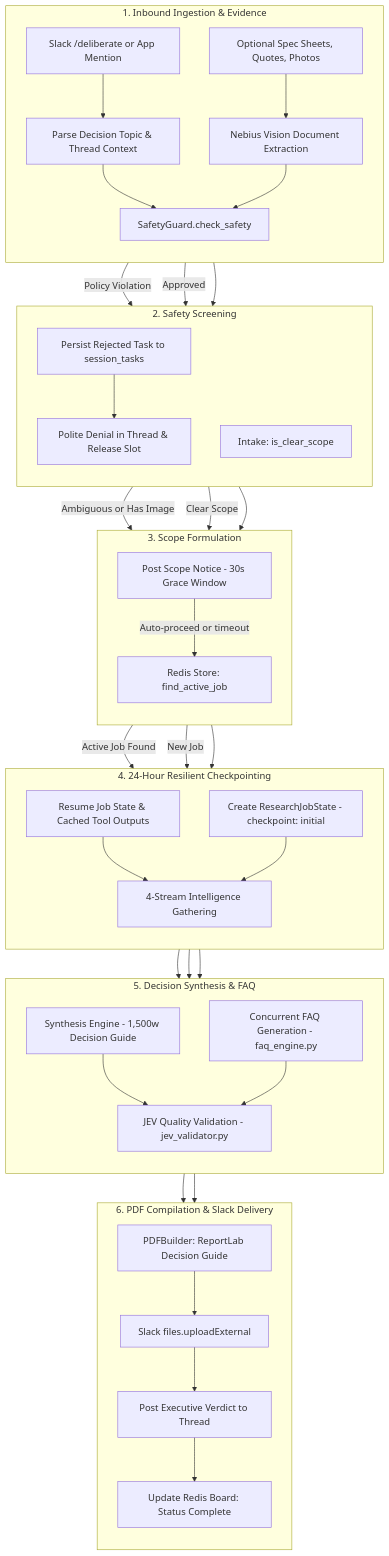
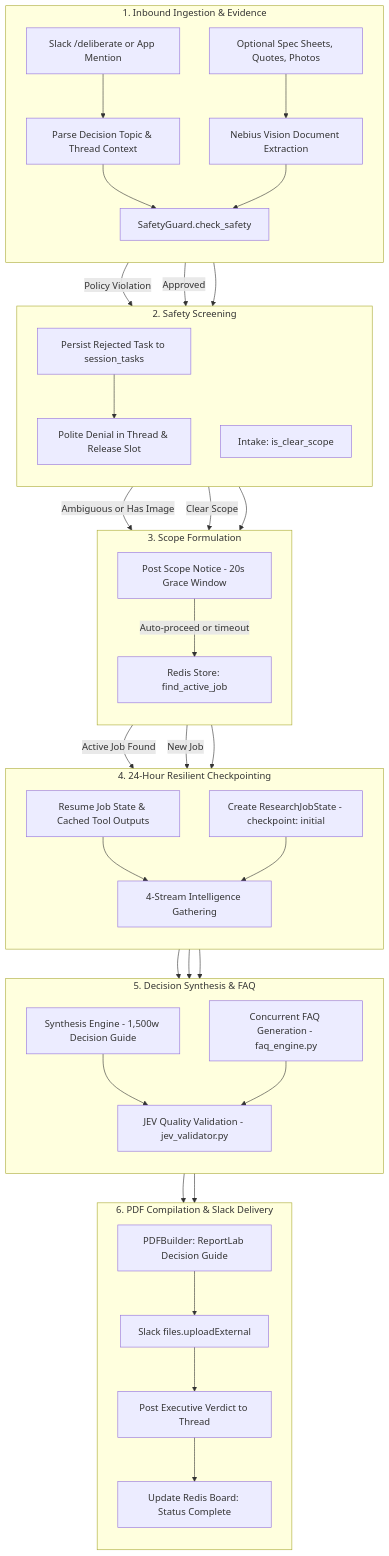
The diagram in docs/deliberation.mdx (AmritSDutta/Aryhant), drawn with Mermaid before and after one commit. The commit also changed 5 other files, not shown here.

````diff
--- a/docs/deliberation.mdx
+++ b/docs/deliberation.mdx
@@ -12,50 +12,50 @@
 ```mermaid
 flowchart TD
   subgraph Ingestion["1. Inbound Ingestion & Evidence"]
     direction TB
     UserMsg["Slack /deliberate or App Mention"]
     Attach["Optional Spec Sheets, Quotes, Photos"]
     UserMsg --> Parse["Parse Decision Topic & Thread Context"]
     Attach --> Vision["Nebius Vision Document Extraction"]
     Parse --> Safety["SafetyGuard.check_safety"]
     Vision --> Safety
   end
   subgraph SafetyDecision["2. Safety Screening"]
     direction TB
     Safety -->|Policy Violation| Reject["Persist Rejected Task to session_tasks"]
     Reject --> DenyMsg["Polite Denial in Thread & Release Slot"]
     Safety -->|Approved| ScopeCheck["Intake: is_clear_scope"]
   end
   subgraph ScopeIntake["3. Scope Formulation"]
     direction TB
-    ScopeCheck -->|Ambiguous or Has Image| ScopeNotice["Post Scope Notice - 30s Grace Window"]
+    ScopeCheck -->|Ambiguous or Has Image| ScopeNotice["Post Scope Notice - 20s Grace Window"]
     ScopeNotice -->|Auto-proceed or timeout| Checkpoint["Redis Store: find_active_job"]
     ScopeCheck -->|Clear Scope| Checkpoint
   end
   subgraph ResilientStore["4. 24-Hour Resilient Checkpointing"]
     direction TB
     Checkpoint -->|Active Job Found| Resume["Resume Job State & Cached Tool Outputs"]
     Checkpoint -->|New Job| InitJob["Create ResearchJobState - checkpoint: initial"]
     Resume --> IntelGather["4-Stream Intelligence Gathering"]
     InitJob --> IntelGather
   end
   subgraph SynthesisStage["5. Decision Synthesis & FAQ"]
     direction TB
     IntelGather --> Synthesis["Synthesis Engine - 1,500w Decision Guide"]
     IntelGather --> FAQGen["Concurrent FAQ Generation - faq_engine.py"]
     Synthesis --> QualityCheck["JEV Quality Validation - jev_validator.py"]
     FAQGen --> QualityCheck
   end
   subgraph DeliveryStage["6. PDF Compilation & Slack Delivery"]
     direction TB
     QualityCheck --> PDFGen["PDFBuilder: ReportLab Decision Guide"]
     PDFGen --> Upload["Slack files.uploadExternal"]
     Upload --> Summary["Post Executive Verdict to Thread"]
     Summary --> BoardDone["Update Redis Board: Status Complete"]
   end
   Ingestion --> SafetyDecision
   SafetyDecision --> ScopeIntake
   ScopeIntake --> ResilientStore
   ResilientStore --> SynthesisStage
   SynthesisStage --> DeliveryStage
 ```
````
